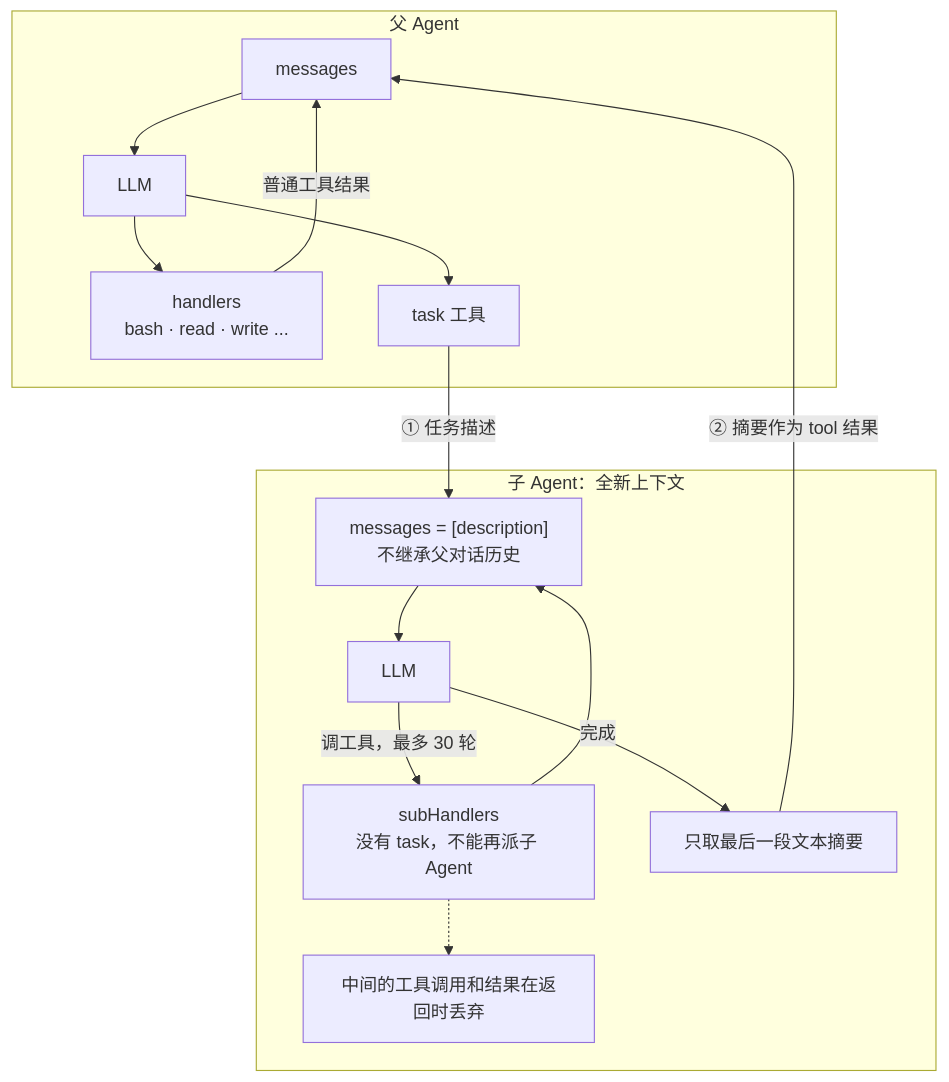
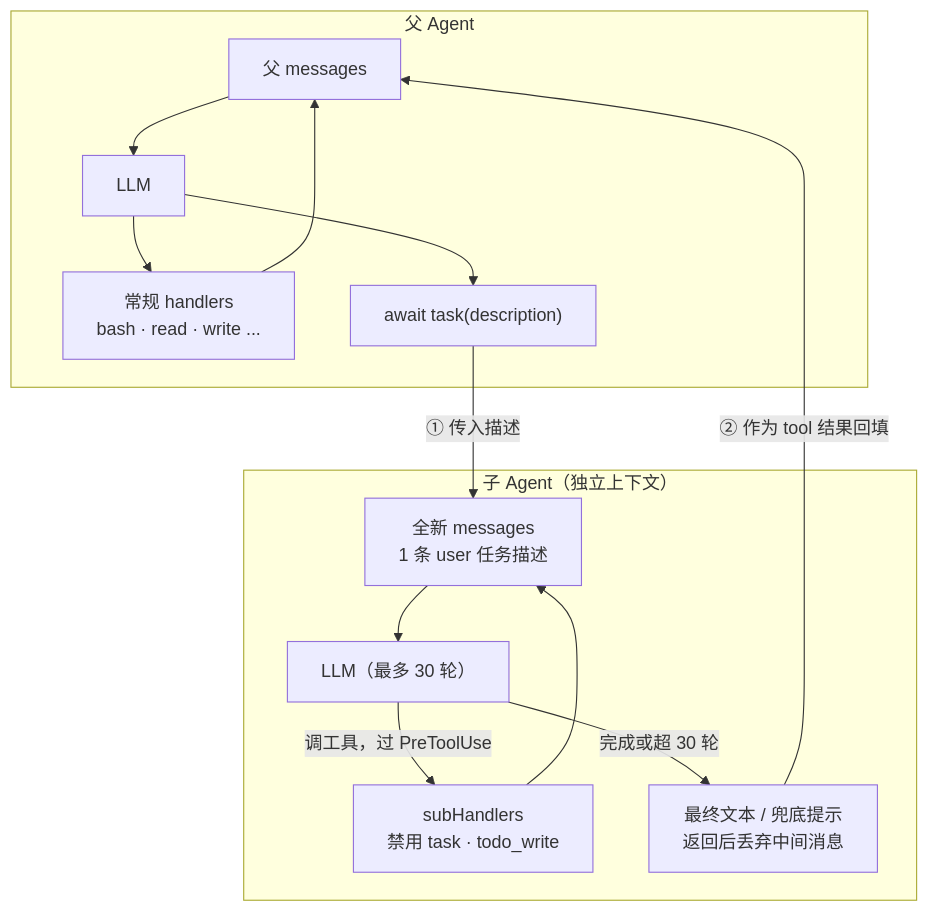
The diagram in code-agent-course/s06-subagent.md (shengxinjing/build-your-agent), drawn with Mermaid before and after one commit. The commit also changed other lines of this file and 11 other files, not shown here.

````diff
--- a/code-agent-course/s06-subagent.md
+++ b/code-agent-course/s06-subagent.md
@@ -23,18 +15,17 @@
 ```mermaid
 flowchart TD
   subgraph PARENT["父 Agent"]
-    PM["messages"] --> PL["LLM"]
-    PL --> PH["handlers<br/>bash · read · write ..."]
-    PH -->|普通工具结果| PM
-    PL --> TASK["task 工具"]
+    PM["父 messages"] --> PL["LLM"]
+    PL --> PH["常规 handlers<br/>bash · read · write ..."]
+    PH --> PM
+    PL --> TASK["await task(description)"]
   end
-  subgraph SUB["子 Agent：全新上下文"]
-    SM["messages = [description]<br/>不继承父对话历史"] --> SL["LLM"]
-    SL -->|调工具，最多 30 轮| SH["subHandlers<br/>没有 task，不能再派子 Agent"]
+  subgraph SUB["子 Agent（独立上下文）"]
+    SM["全新 messages<br/>1 条 user 任务描述"] --> SL["LLM（最多 30 轮）"]
+    SL -->|调工具，过 PreToolUse| SH["subHandlers<br/>禁用 task · todo_write"]
     SH --> SM
-    SH -.-> DROP["中间的工具调用和结果在返回时丢弃"]
-    SL -->|完成| OUT["只取最后一段文本摘要"]
+    SL -->|完成或超 30 轮| OUT["最终文本 / 兜底提示<br/>返回后丢弃中间消息"]
   end
-  TASK -->|① 任务描述| SM
-  OUT -->|② 摘要作为 tool 结果| PM
+  TASK -->|① 传入描述| SM
+  OUT -->|② 作为 tool 结果回填| PM
 ```
````
